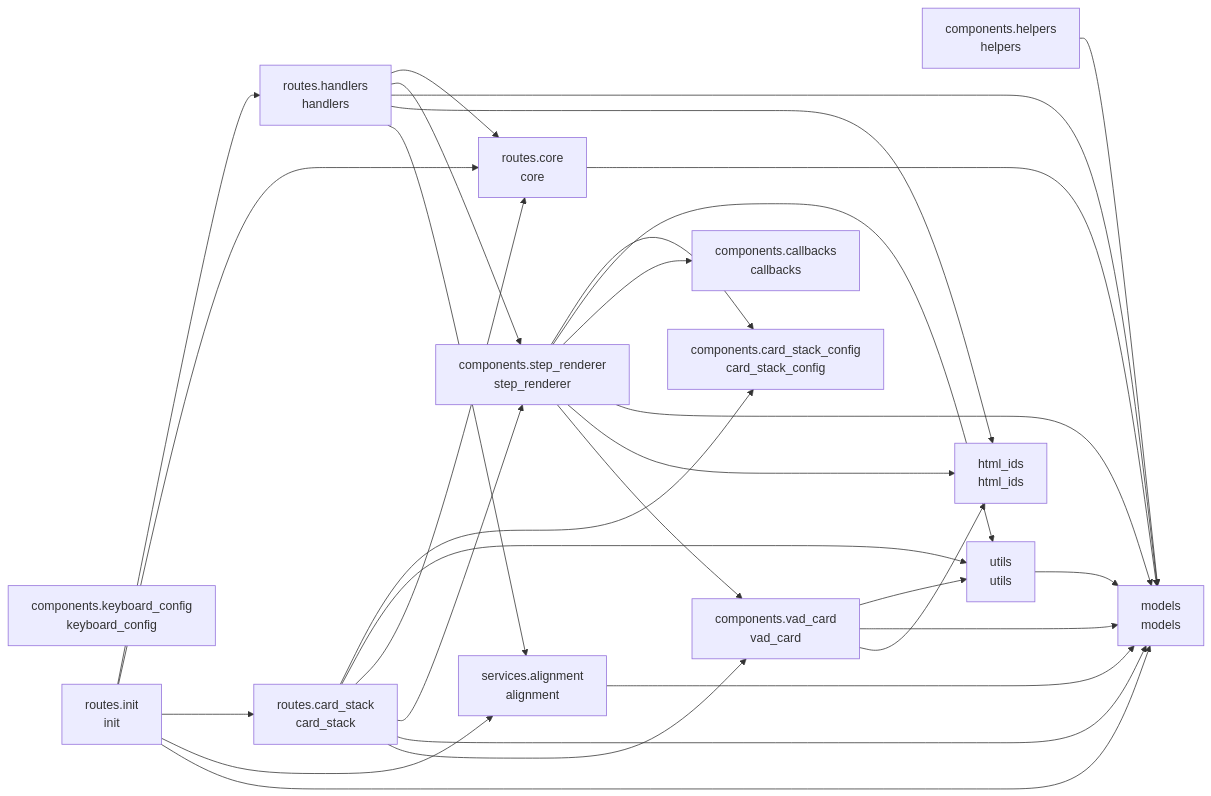
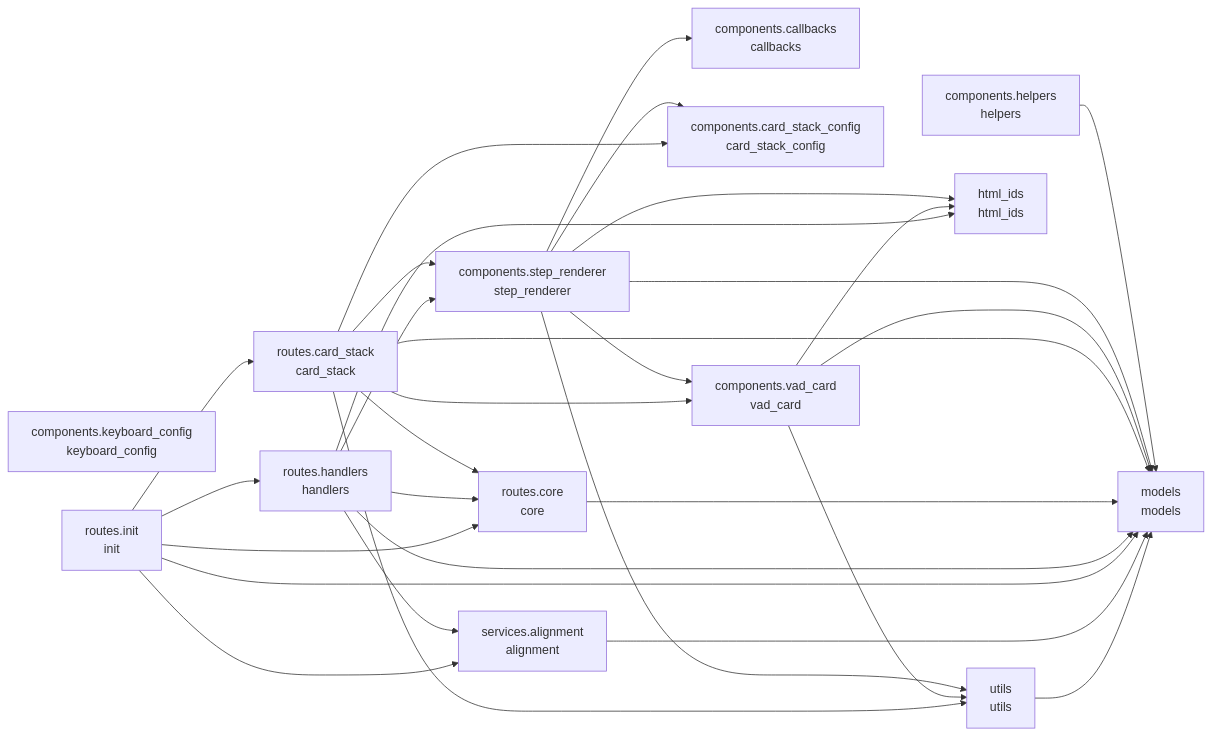
One commit to cj-mills/cjm-transcript-vad-align changed the diagram in README.md. Above: the diagram before and after it, drawn with Mermaid. The commit also changed other lines of this file and 5 other files, not shown here.

````diff
--- a/README.md
+++ b/README.md
@@ -37,47 +37,47 @@
 ``` mermaid
 graph LR
     components_callbacks[components.callbacks<br/>callbacks]
     components_card_stack_config[components.card_stack_config<br/>card_stack_config]
     components_helpers[components.helpers<br/>helpers]
     components_keyboard_config[components.keyboard_config<br/>keyboard_config]
     components_step_renderer[components.step_renderer<br/>step_renderer]
     components_vad_card[components.vad_card<br/>vad_card]
     html_ids[html_ids<br/>html_ids]
     models[models<br/>models]
     routes_card_stack[routes.card_stack<br/>card_stack]
     routes_core[routes.core<br/>core]
     routes_handlers[routes.handlers<br/>handlers]
     routes_init[routes.init<br/>init]
     services_alignment[services.alignment<br/>alignment]
     utils[utils<br/>utils]
 
     components_helpers --> models
     components_step_renderer --> components_card_stack_config
-    components_step_renderer --> utils
     components_step_renderer --> components_callbacks
-    components_step_renderer --> models
     components_step_renderer --> html_ids
     components_step_renderer --> components_vad_card
+    components_step_renderer --> models
+    components_step_renderer --> utils
+    components_vad_card --> html_ids
+    components_vad_card --> models
     components_vad_card --> utils
-    components_vad_card --> models
-    components_vad_card --> html_ids
     routes_card_stack --> components_card_stack_config
+    routes_card_stack --> routes_core
+    routes_card_stack --> components_vad_card
     routes_card_stack --> utils
-    routes_card_stack --> routes_core
+    routes_card_stack --> models
     routes_card_stack --> components_step_renderer
-    routes_card_stack --> models
-    routes_card_stack --> components_vad_card
     routes_core --> models
     routes_handlers --> routes_core
     routes_handlers --> components_step_renderer
+    routes_handlers --> html_ids
     routes_handlers --> models
-    routes_handlers --> html_ids
     routes_handlers --> services_alignment
     routes_init --> routes_handlers
+    routes_init --> models
+    routes_init --> routes_card_stack
     routes_init --> routes_core
-    routes_init --> routes_card_stack
     routes_init --> services_alignment
-    routes_init --> models
     services_alignment --> models
     utils --> models
 ```
````
